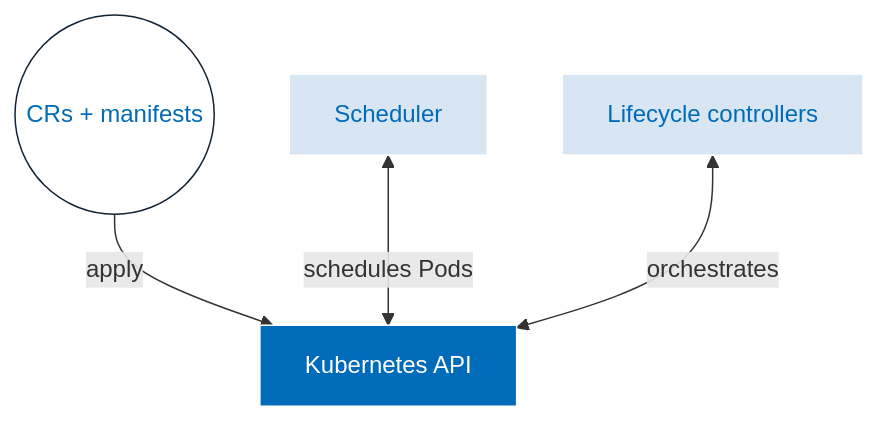
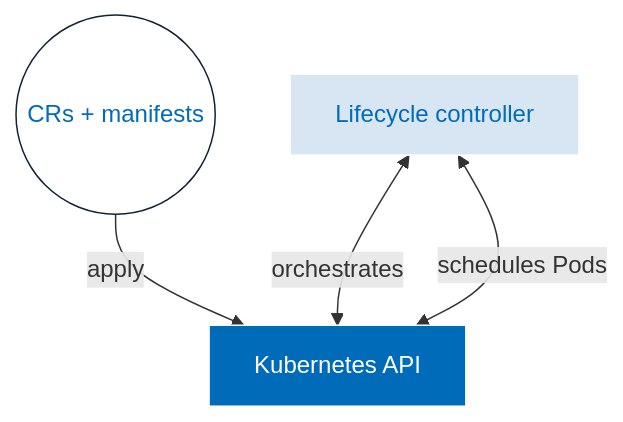
Before and after one commit to keptn/lifecycle-toolkit: the diagram in docs/docs/components/lifecycle-operator/index.md, drawn with Mermaid. The commit also changed 13 other files, not shown here.

````diff
--- a/docs/docs/components/lifecycle-operator/index.md
+++ b/docs/docs/components/lifecycle-operator/index.md
@@ -20,12 +20,12 @@
 ```mermaid
 graph TD;
 
 G((CRs + manifests)) -- apply --> H[Kubernetes API]
-I[Scheduler] <-- schedules Pods --> H
-J[Lifecycle controllers] <-- orchestrates --> H
+J[Lifecycle controller] <-- orchestrates --> H
+J <-- schedules Pods --> H
+
     
 style H fill:#006bb8,stroke:#fff,stroke-width:px,color:#fff
-style I fill:#d8e6f4,stroke:#fff,stroke-width:px,color:#006bb8
 style J fill:#d8e6f4,stroke:#fff,stroke-width:px,color:#006bb8
 style G fill:#fff,stroke:#123,stroke-width:px,color:#006bb8
 ```
````
